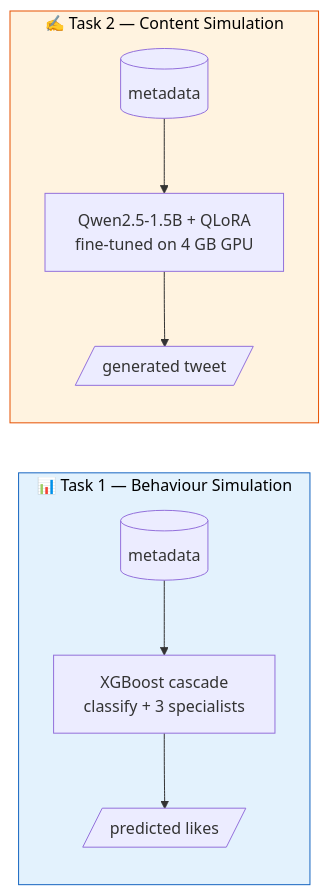
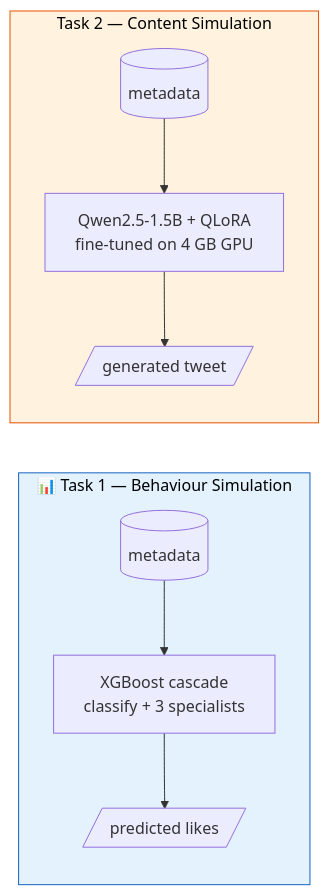
Before and after one commit to havish-coder/Tweet_analyzer: the diagram in README.md, drawn with Mermaid. The commit also changed other lines of this file, not shown here.

````diff
--- a/README.md
+++ b/README.md
@@ -24,15 +24,15 @@
 ```mermaid
 flowchart LR
     subgraph T1["📊 Task 1 — Behaviour Simulation"]
         T1in[(metadata)] --> T1m[XGBoost cascade<br/>classify + 3 specialists]
         T1m --> T1out[/predicted likes/]
     end
 
-    subgraph T2["✍️ Task 2 — Content Simulation"]
+    subgraph T2[" Task 2 — Content Simulation"]
         T2in[(metadata)] --> T2m[Qwen2.5-1.5B + QLoRA<br/>fine-tuned on 4 GB GPU]
         T2m --> T2out[/generated tweet/]
     end
 
     style T1 fill:#e3f2fd,stroke:#1565c0,color:#000
     style T2 fill:#fff3e0,stroke:#e65100,color:#000
 ```
````
